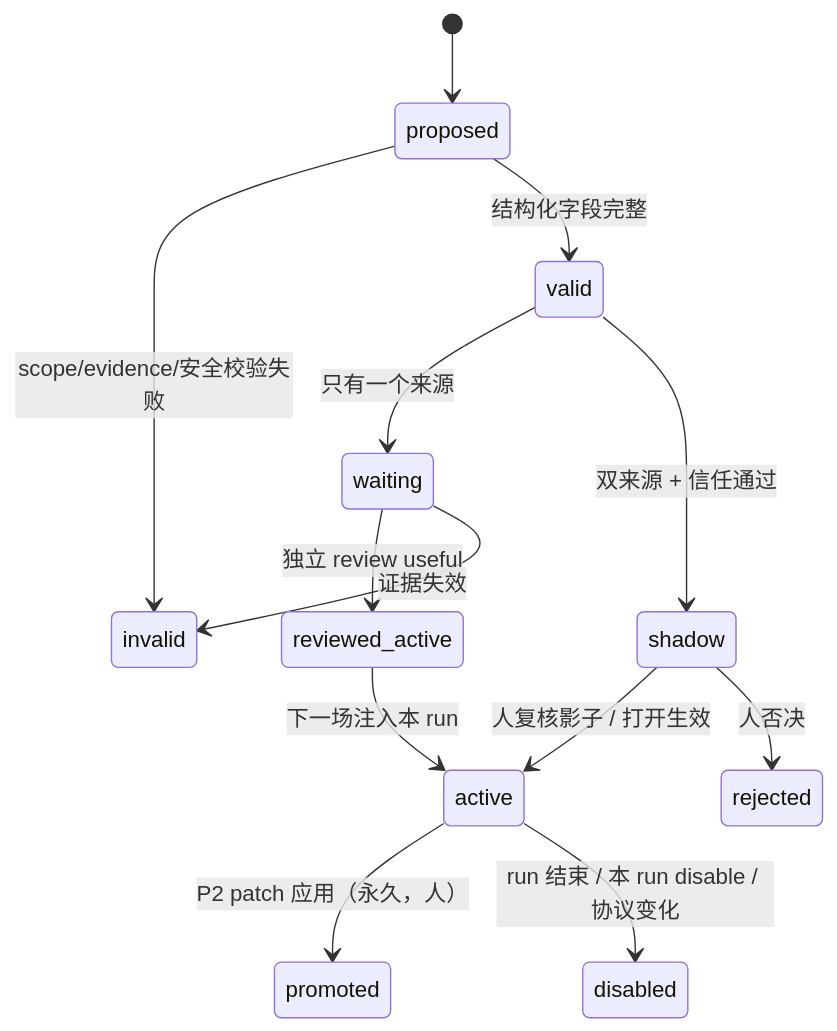
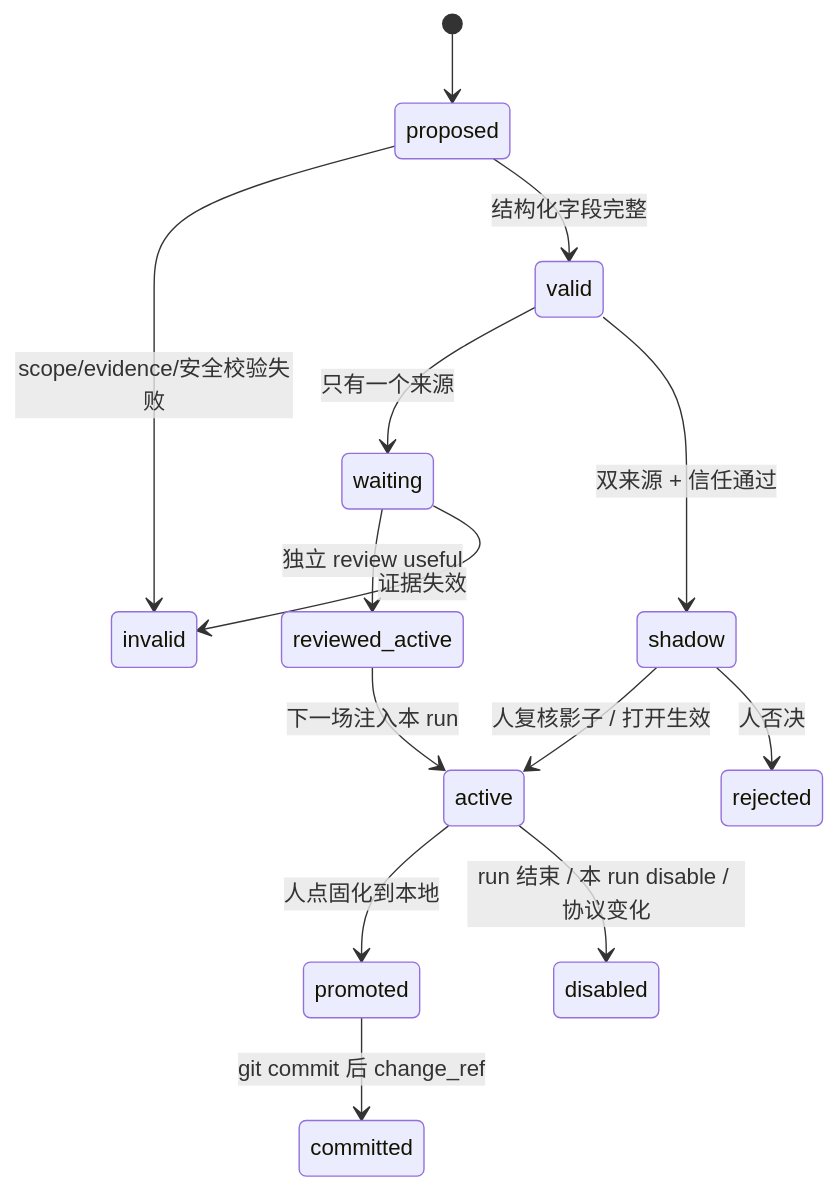
Before and after one commit to kuafuwang/ShapeForge: the seventh of 7 diagrams in docs/架构/可信harness.md, drawn with Mermaid. The commit also changed other lines of this file and 7 other files, not shown here.

````diff
--- a/docs/架构/可信harness.md
+++ b/docs/架构/可信harness.md
@@ -335,15 +338,16 @@
 ```mermaid
 stateDiagram-v2
   [*] --> proposed
   proposed --> invalid: scope/evidence/安全校验失败
   proposed --> valid: 结构化字段完整
   valid --> waiting: 只有一个来源
   valid --> shadow: 双来源 + 信任通过
   waiting --> reviewed_active: 独立 review useful
   shadow --> active: 人复核影子 / 打开生效
   reviewed_active --> active: 下一场注入本 run
   shadow --> rejected: 人否决
-  active --> promoted: P2 patch 应用（永久，人）
+  active --> promoted: 人点固化到本地
+  promoted --> committed: git commit 后 change_ref
   active --> disabled: run 结束 / 本 run disable / 协议变化
   waiting --> invalid: 证据失效
 ```
````
